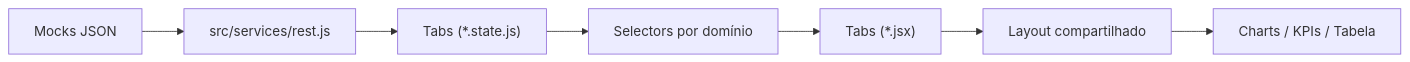
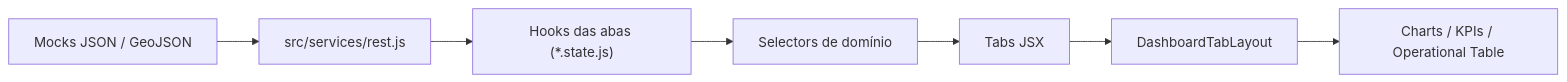
One commit to andrepimentelsantos01/dashboard-ia-bi-demo changed the first of 3 diagrams in README.md. Above: the diagram before and after it, drawn with Mermaid. The commit also changed other lines of this file and 31 other files, not shown here.

Commit message:
[FEAT] add heatmap, stacked bar, scatter aggregate bar, Brazil map morph, ABC/XYZ analyses, and optimize ChartMapMorph performance.

````diff
--- a/README.md
+++ b/README.md
@@ -93,9 +109,9 @@
 ```mermaid
 flowchart LR
-    A["Mocks JSON"] --> B["src/services/rest.js"]
-    B --> C["Tabs (*.state.js)"]
-    C --> D["Selectors por domínio"]
-    D --> E["Tabs (*.jsx)"]
-    E --> F["Layout compartilhado"]
-    F --> G["Charts / KPIs / Tabela"]
+    A["Mocks JSON / GeoJSON"] --> B["src/services/rest.js"]
+    B --> C["Hooks das abas (*.state.js)"]
+    C --> D["Selectors de domínio"]
+    D --> E["Tabs JSX"]
+    E --> F["DashboardTabLayout"]
+    F --> G["Charts / KPIs / Operational Table"]
 ```
````
